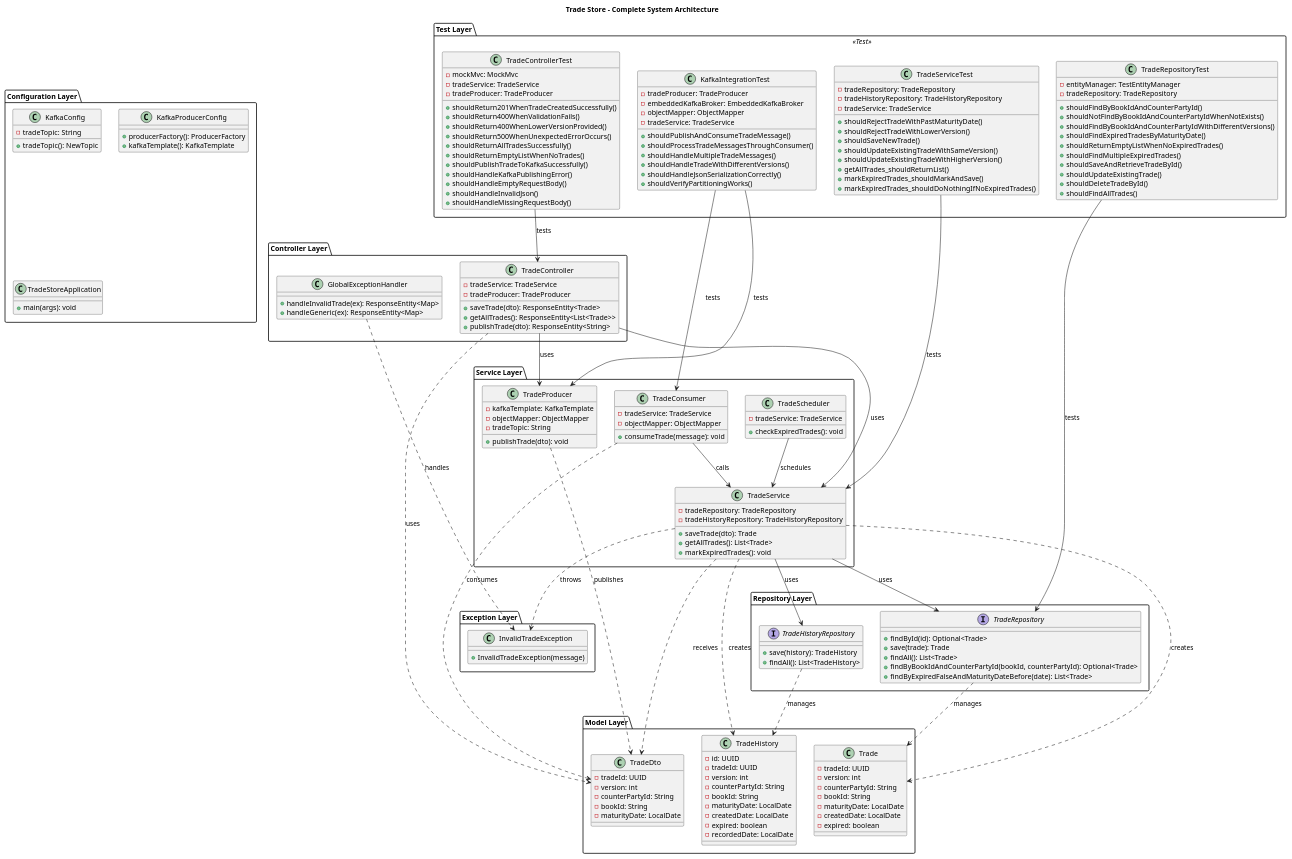
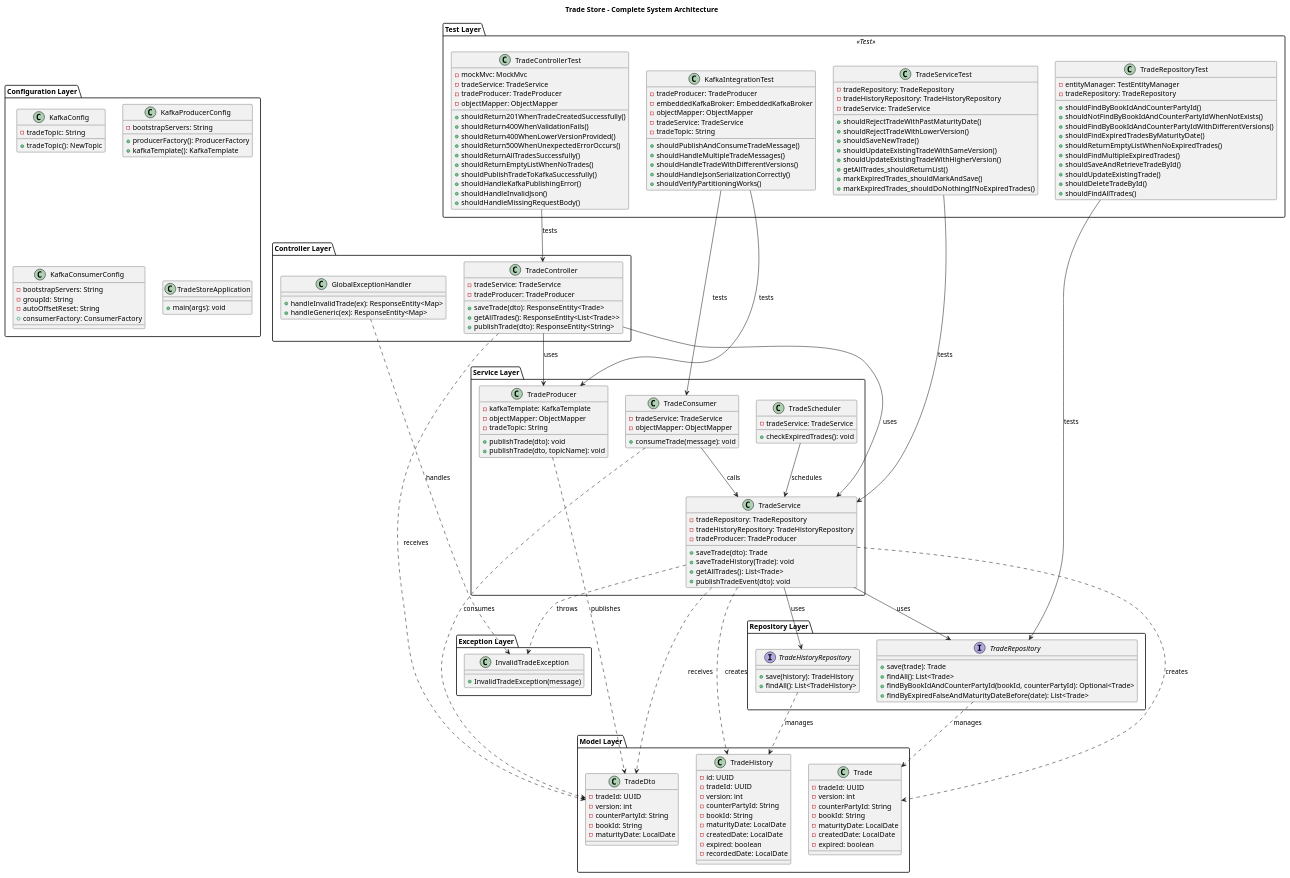
Before and after one commit to sppublicrepo/trade-store: the diagram in docs/class-diagram.puml, drawn with PlantUML. The commit also changed 3 other files, not shown here.

Commit message:
Fine tunned UML

```diff
--- a/docs/class-diagram.puml
+++ b/docs/class-diagram.puml
@@ -20,9 +20,11 @@
     class TradeService {
         -tradeRepository: TradeRepository
         -tradeHistoryRepository: TradeHistoryRepository
+		-tradeProducer: TradeProducer 
         +saveTrade(dto): Trade
+		+saveTradeHistory(Trade): void
         +getAllTrades(): List<Trade>
-        +markExpiredTrades(): void
+		+publishTradeEvent(dto): void        
     }
 
     class TradeProducer {
@@ -30,6 +32,7 @@
         -objectMapper: ObjectMapper
         -tradeTopic: String
         +publishTrade(dto): void
+		+publishTrade(dto, topicName): void
     }
 
     class TradeConsumer {
@@ -46,7 +49,6 @@
 
 package "Repository Layer" {
     interface TradeRepository {
-        +findById(id): Optional<Trade>
         +save(trade): Trade
         +findAll(): List<Trade>
         +findByBookIdAndCounterPartyId(bookId, counterPartyId): Optional<Trade>
@@ -98,9 +100,17 @@
     }
 
     class KafkaProducerConfig {
+		-bootstrapServers: String
         +producerFactory(): ProducerFactory
         +kafkaTemplate(): KafkaTemplate
     }
+	
+	class KafkaConsumerConfig {
+		-bootstrapServers: String
+		-groupId: String
+		-autoOffsetReset: String
+		+consumerFactory: ConsumerFactory
+	}
 
     class TradeStoreApplication {
         +main(args): void
@@ -132,6 +142,7 @@
         -mockMvc: MockMvc
         -tradeService: TradeService
         -tradeProducer: TradeProducer
+		-objectMapper: ObjectMapper
         +shouldReturn201WhenTradeCreatedSuccessfully()
         +shouldReturn400WhenValidationFails()
         +shouldReturn400WhenLowerVersionProvided()
@@ -139,8 +150,7 @@
         +shouldReturnAllTradesSuccessfully()
         +shouldReturnEmptyListWhenNoTrades()
         +shouldPublishTradeToKafkaSuccessfully()
-        +shouldHandleKafkaPublishingError()
-        +shouldHandleEmptyRequestBody()
+        +shouldHandleKafkaPublishingError()        
         +shouldHandleInvalidJson()
         +shouldHandleMissingRequestBody()
     }
@@ -165,8 +175,8 @@
         -embeddedKafkaBroker: EmbeddedKafkaBroker
         -objectMapper: ObjectMapper
         -tradeService: TradeService
-        +shouldPublishAndConsumeTradeMessage()
-        +shouldProcessTradeMessagesThroughConsumer()
+		-tradeTopic: String
+        +shouldPublishAndConsumeTradeMessage()        
         +shouldHandleMultipleTradeMessages()
         +shouldHandleTradeWithDifferentVersions()
         +shouldHandleJsonSerializationCorrectly()
@@ -177,7 +187,7 @@
 ' Relationships
 TradeController --> TradeService : uses
 TradeController --> TradeProducer : uses
-TradeController ..> TradeDto : uses
+TradeController ..> TradeDto : receives
 GlobalExceptionHandler ..> InvalidTradeException : handles
 
 TradeService --> TradeRepository : uses
```
